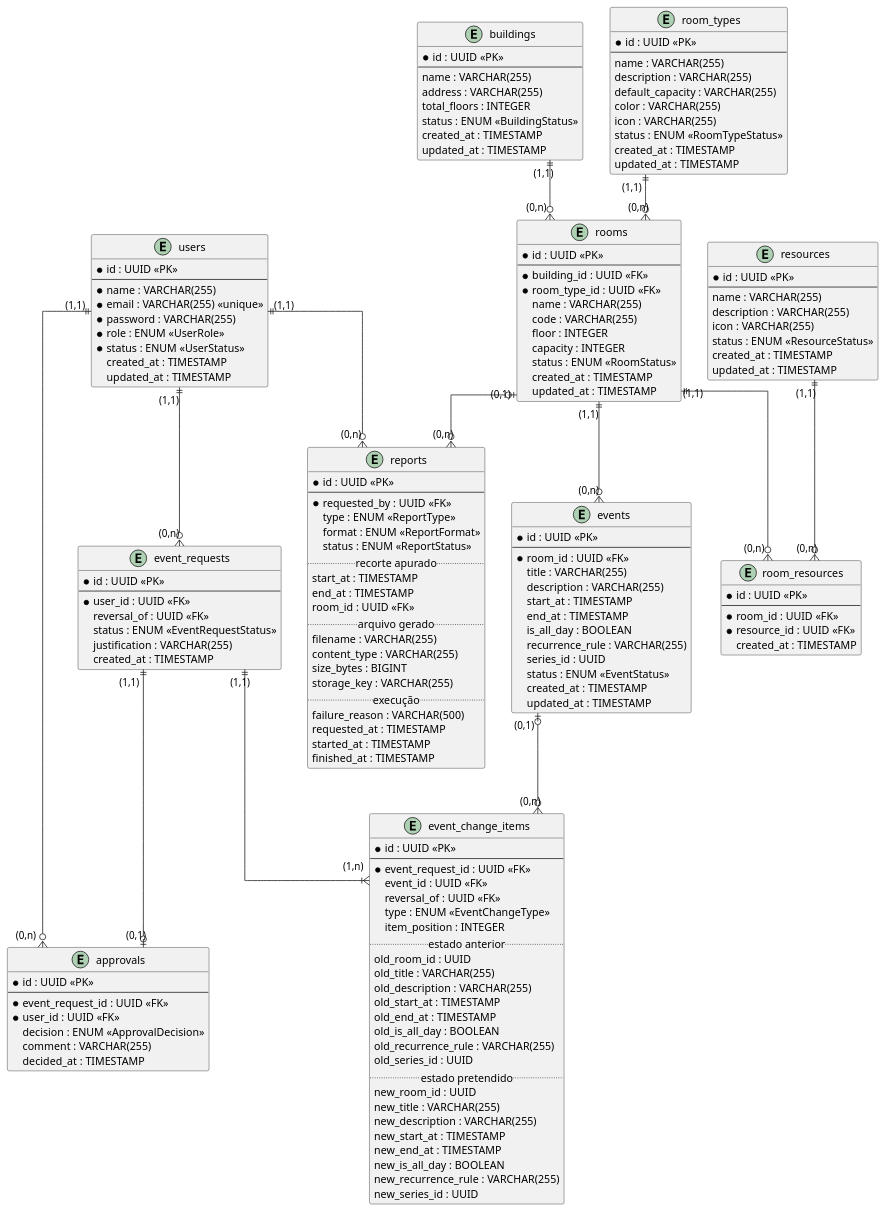
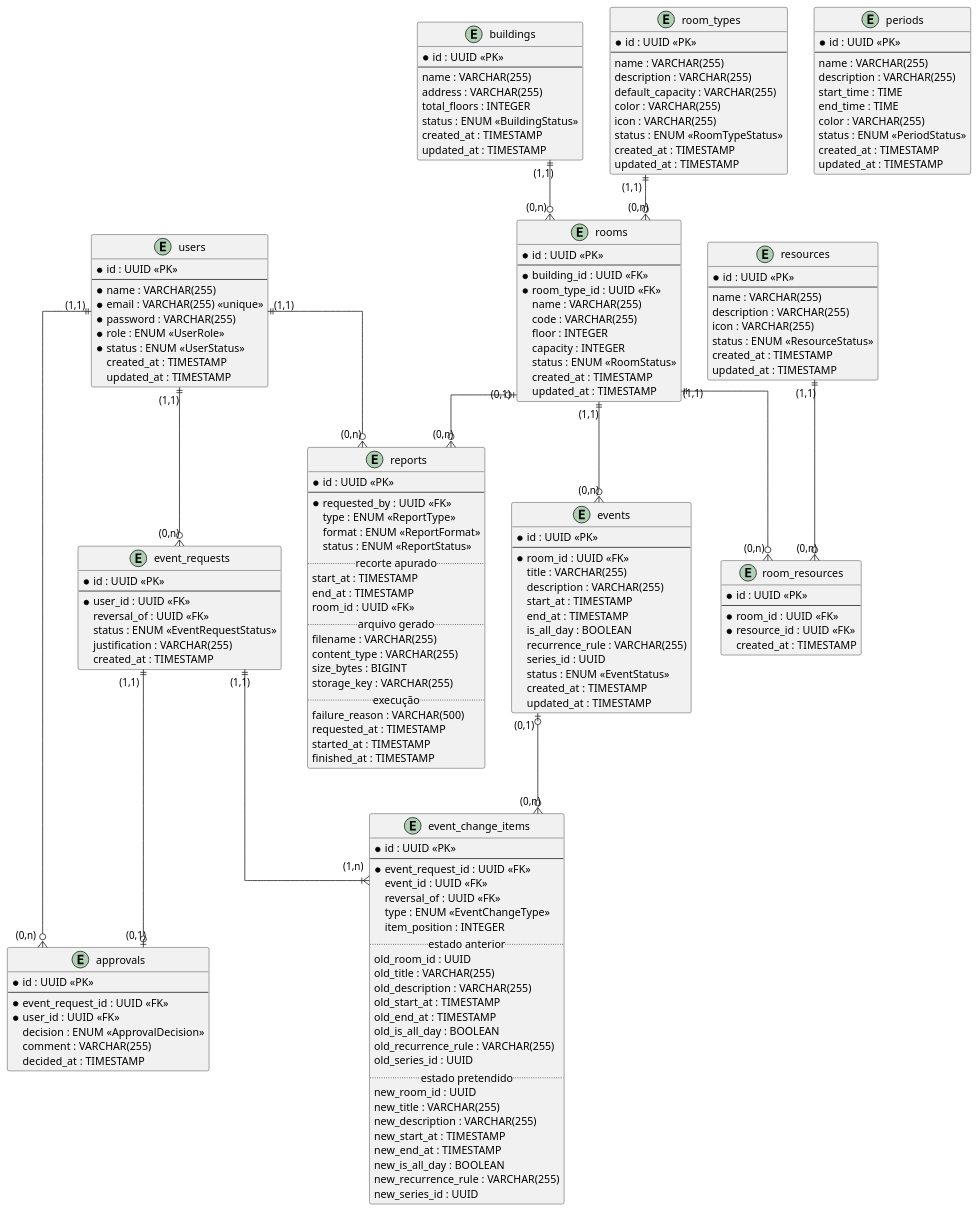
The diagram in src/plantuml/entidade-relacionamento/der-body.iuml (Neoguara/rooms-diagrams), drawn with PlantUML before and after one commit. The commit also changed 6 other files, not shown here.

```diff
--- a/src/plantuml/entidade-relacionamento/der-body.iuml
+++ b/src/plantuml/entidade-relacionamento/der-body.iuml
@@ -150,6 +150,25 @@
   decided_at : TIMESTAMP
 }
 
+' ── periods ────────────────────────────────────────────
+' Catálogo puro do módulo event: não referencia evento nem sala, não reserva
+' horário e não passa por EventRequest. Por isso não tem nenhum relacionamento
+' no diagrama, e dois períodos podem se sobrepor sem conflito.
+' start_time e end_time são TIME, não TIMESTAMP: guardam hora do dia, não
+' instante, de modo que o mesmo período vale para qualquer data.
+entity "periods" as Period {
+  * id : UUID <<PK>>
+  --
+  name : VARCHAR(255)
+  description : VARCHAR(255)
+  start_time : TIME
+  end_time : TIME
+  color : VARCHAR(255)
+  status : ENUM <<PeriodStatus>>
+  created_at : TIMESTAMP
+  updated_at : TIMESTAMP
+}
+
 ' ── reports ────────────────────────────────────────────
 entity "reports" as Report {
   * id : UUID <<PK>>
```
